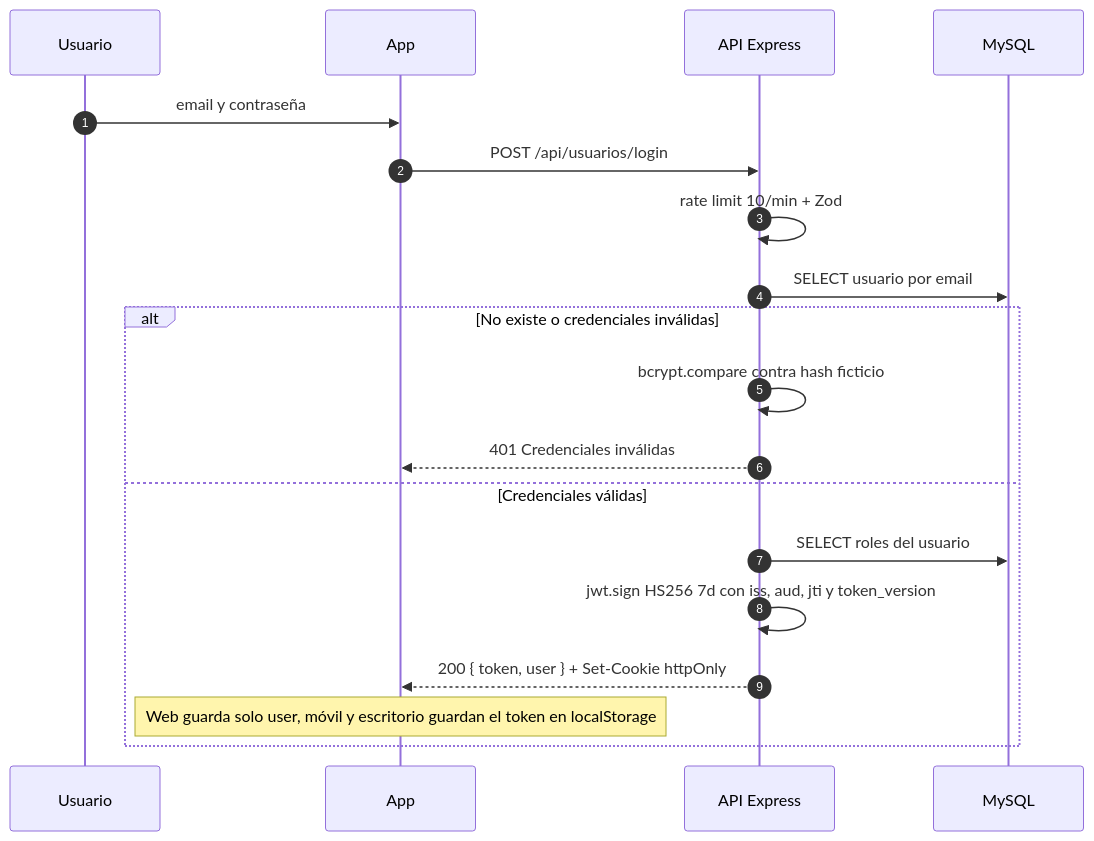
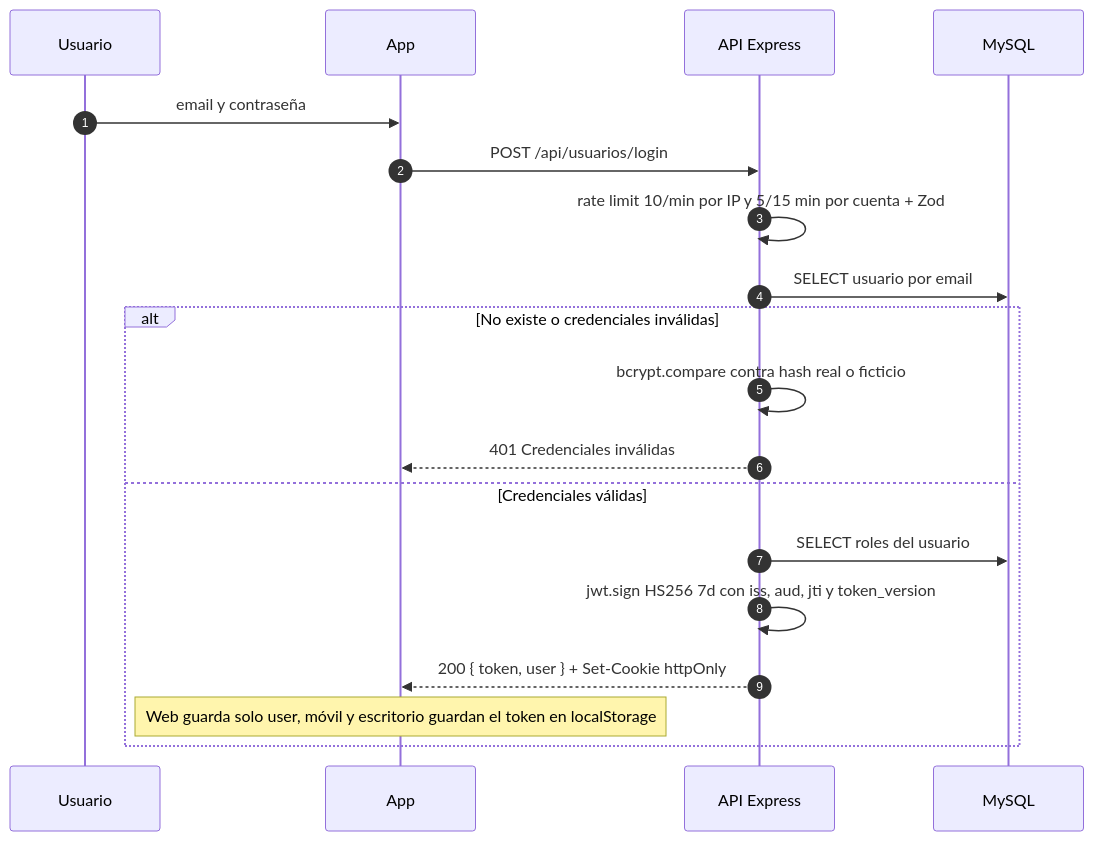
The fifth of 17 diagrams in README.md (diegoSerna17/Commercity), drawn with Mermaid before and after one commit. The commit also changed other lines of this file, not shown here.

Commit message:
DOCS: ajusta precision de los flujos y diagramas de secuencia

````diff
--- a/README.md
+++ b/README.md
@@ -138,21 +138,21 @@
 ```mermaid
 sequenceDiagram
     autonumber
     participant U as Usuario
     participant APP as App
     participant API as API Express
     participant DB as MySQL
     U->>APP: email y contraseña
     APP->>API: POST /api/usuarios/login
-    API->>API: rate limit 10/min + Zod
+    API->>API: rate limit 10/min por IP y 5/15 min por cuenta + Zod
     API->>DB: SELECT usuario por email
     alt No existe o credenciales inválidas
-        API->>API: bcrypt.compare contra hash ficticio
+        API->>API: bcrypt.compare contra hash real o ficticio
         API-->>APP: 401 Credenciales inválidas
     else Credenciales válidas
         API->>DB: SELECT roles del usuario
         API->>API: jwt.sign HS256 7d con iss, aud, jti y token_version
         API-->>APP: 200 { token, user } + Set-Cookie httpOnly
         Note over APP: Web guarda solo user, móvil y escritorio guardan el token en localStorage
     end
 ```
````
